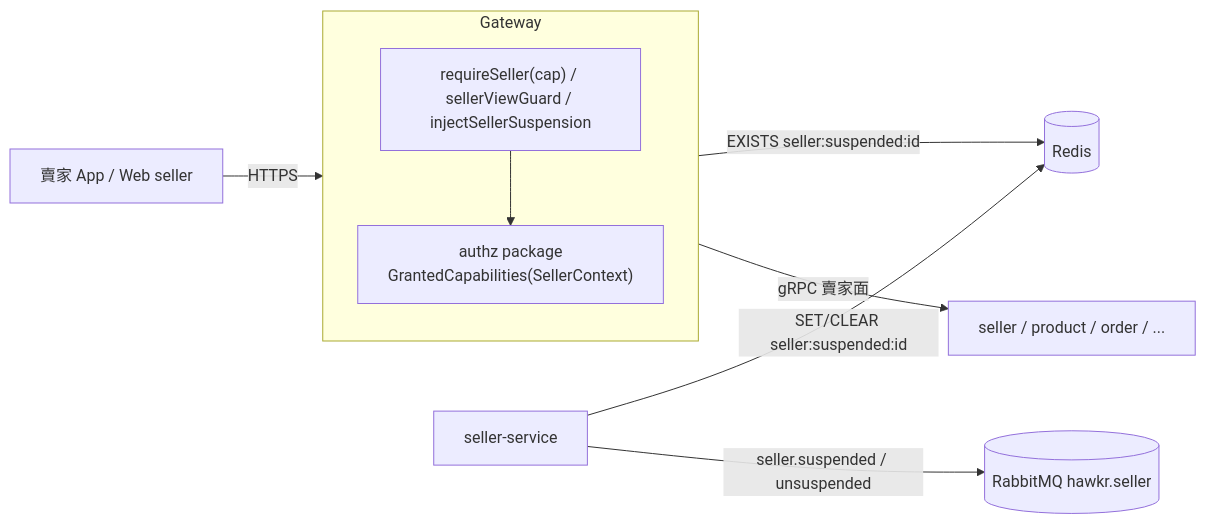
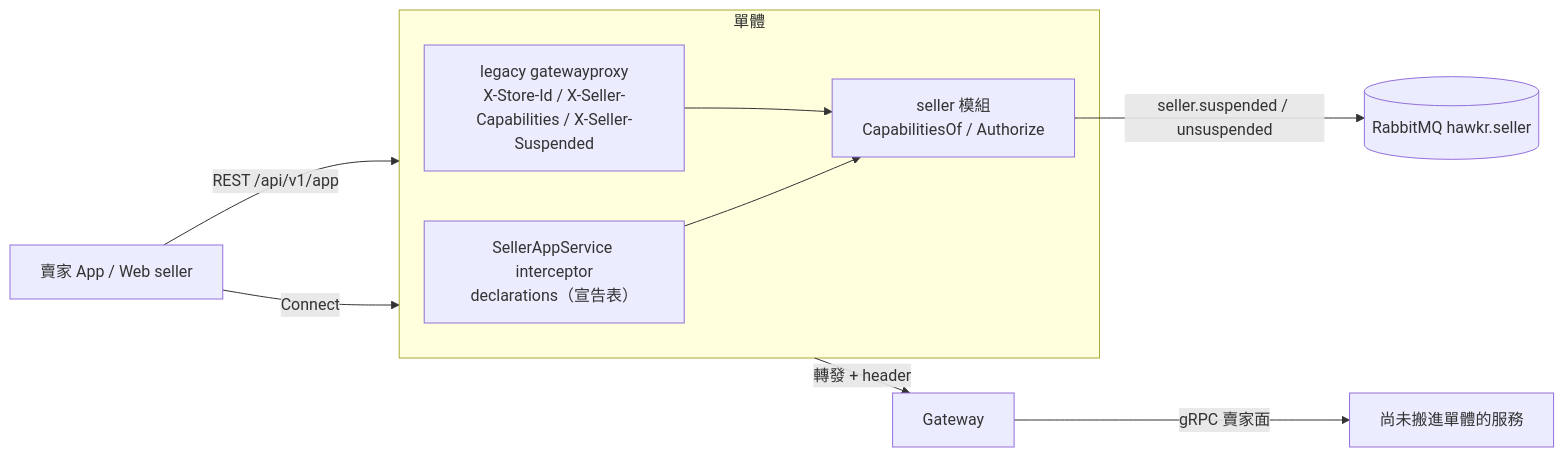
The first of 2 diagrams in backend/docs/詳細設計書/46-賣家能力權限層（Seller Capability Authorization）詳細設計書.md (Will413028/hawkr), drawn with Mermaid before and after one commit. The commit also changed other lines of this file, not shown here.

Commit message:
docs(backend): 設計書 46 刪掉只對 seller-service 成立的內容，賣家部分改寫成單體現況

````diff
--- a/backend/docs/詳細設計書/46-賣家能力權限層（Seller Capability Authorization）詳細設計書.md
+++ b/backend/docs/詳細設計書/46-賣家能力權限層（Seller Capability Authorization）詳細設計書.md
@@ -53,13 +49,15 @@
 ```mermaid
 flowchart LR
-  Client["賣家 App / Web seller"] -->|HTTPS| GW[Gateway]
-  subgraph GW[Gateway]
-    RS["requireSeller(cap) / sellerViewGuard / injectSellerSuspension"]
-    AZ["authz package<br/>GrantedCapabilities(SellerContext)"]
-    RS --> AZ
+  Client["賣家 App / Web seller"] -->|Connect| MONO[單體入口]
+  Client -->|REST /api/v1/app| MONO
+  subgraph MONO[單體]
+    INT["SellerAppService interceptor<br/>declarations（宣告表）"]
+    SELLER["seller 模組<br/>CapabilitiesOf / Authorize"]
+    GWP["legacy gatewayproxy<br/>X-Store-Id / X-Seller-Capabilities / X-Seller-Suspended"]
+    INT --> SELLER
+    GWP --> SELLER
   end
-  GW -->|EXISTS seller:suspended:id| RC[(Redis)]
-  GW -->|gRPC 賣家面| SVC["seller / product / order / ..."]
-  SELLER[seller-service] -->|SET/CLEAR seller:suspended:id| RC
+  MONO -->|轉發 + header| GW[Gateway]
+  GW -->|gRPC 賣家面| SVC["尚未搬進單體的服務"]
   SELLER -->|seller.suspended / unsuspended| MQ[(RabbitMQ hawkr.seller)]
 ```
````
